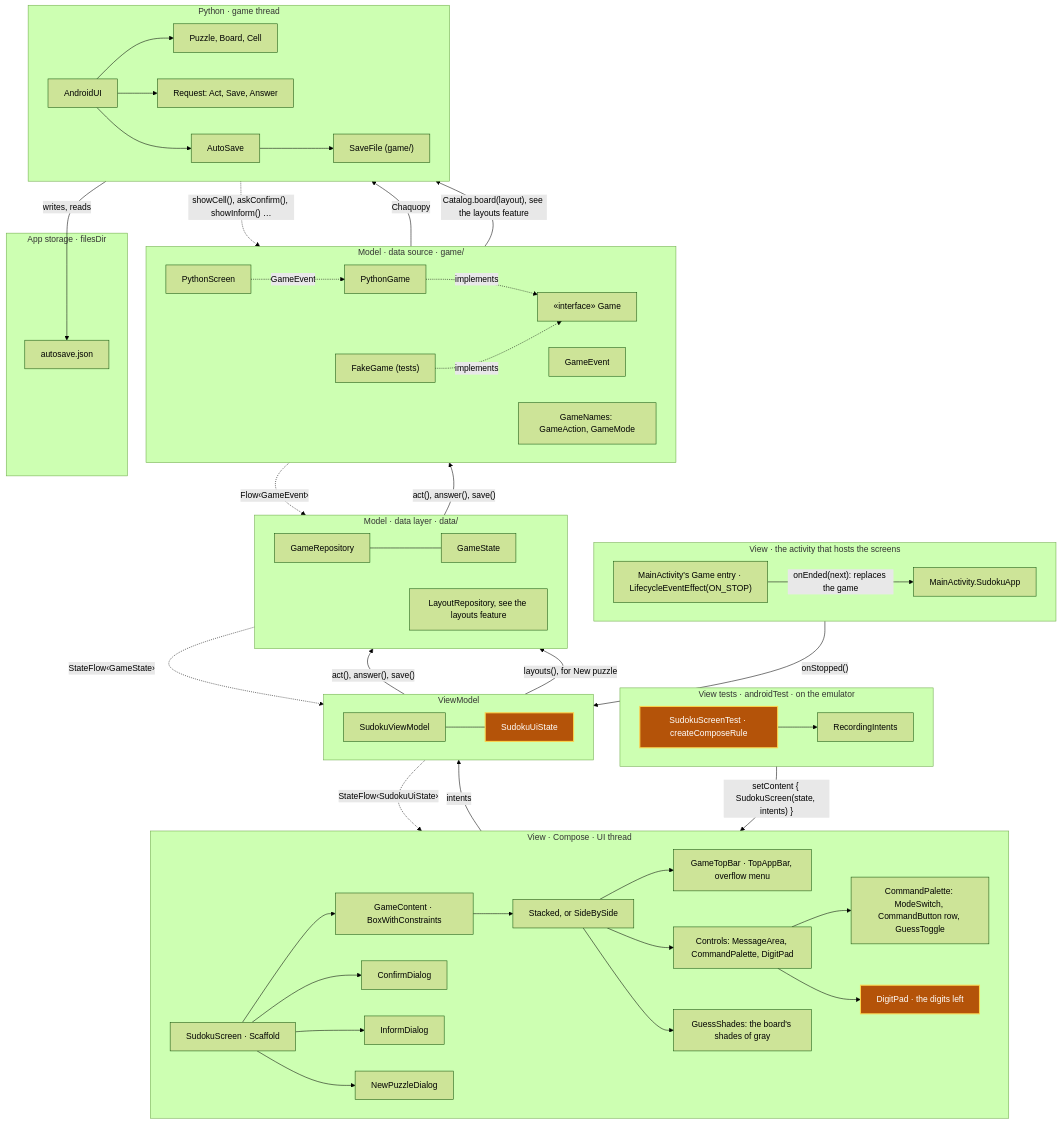
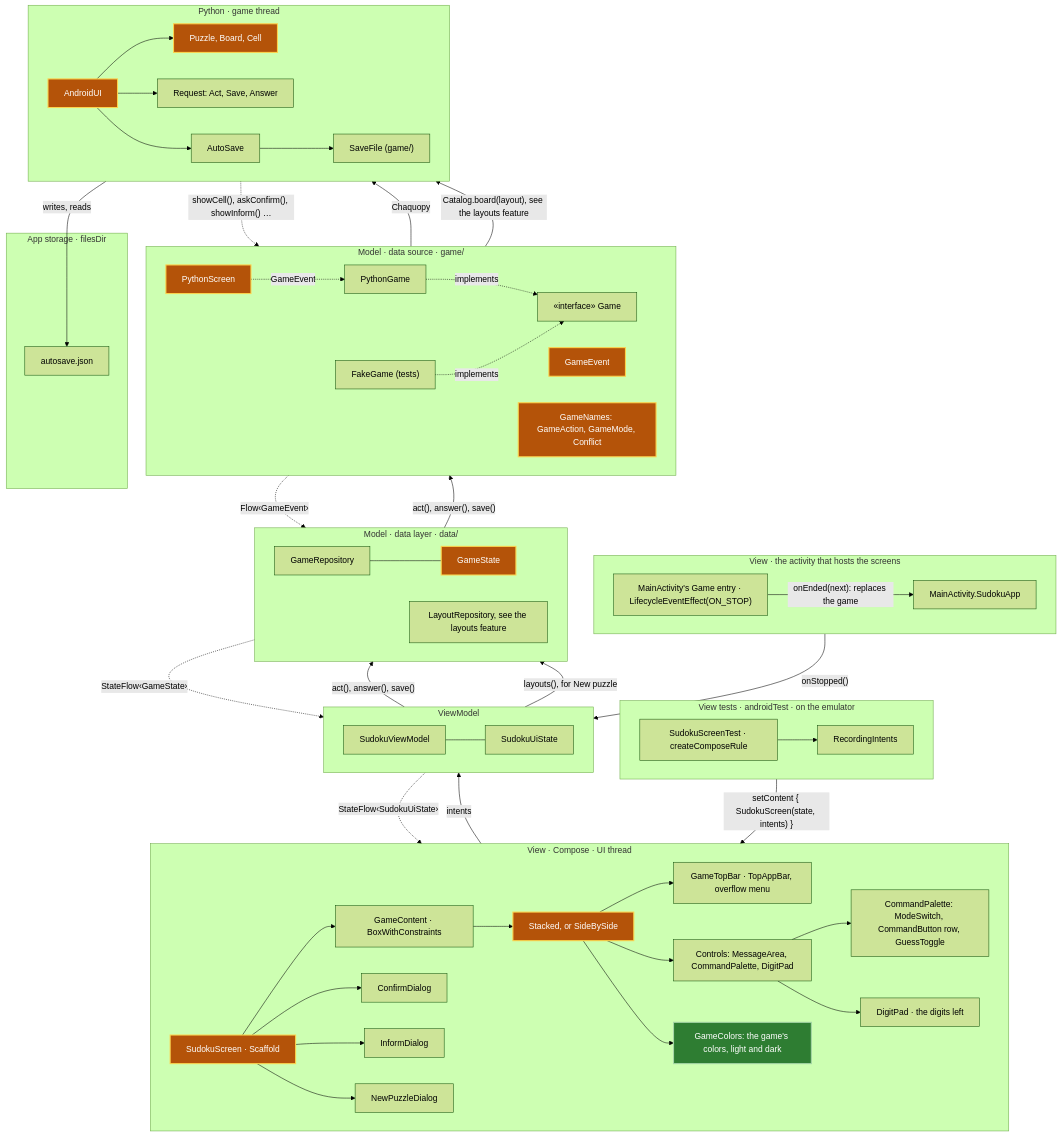
The fifth of 16 diagrams in android/docs/architecture.md (aivanov61/sudoku-solver), drawn with Mermaid (forest theme) before and after one commit. The commit also changed other lines of this file and 32 other files, not shown here.

````diff
--- a/android/docs/architecture.md
+++ b/android/docs/architecture.md
@@ -241,79 +251,80 @@
 ```mermaid
 flowchart TB
     subgraph Host["View · the activity that hosts the screens"]
         direction LR
         SudokuApp["MainActivity.SudokuApp"]
         GameEntry["MainActivity's Game entry · LifecycleEventEffect(ON_STOP)"]
     end
 
     subgraph View["View · Compose · UI thread"]
         direction LR
         SudokuScreen["SudokuScreen · Scaffold"] --> GameContent["GameContent · BoxWithConstraints"]
         GameContent --> Board["Stacked, or SideBySide"]
         Board --> GameTopBar["GameTopBar · TopAppBar, overflow menu"]
         Board --> Controls["Controls: MessageArea, CommandPalette, DigitPad"]
         Controls --> CommandPalette["CommandPalette: ModeSwitch, CommandButton row, GuessToggle"]
         Controls --> DigitPad["DigitPad · the digits left"]
-        Board --> GuessShades["GuessShades: the board's shades of gray"]
+        Board --> GameColors["GameColors: the game's colors, light and dark"]
         SudokuScreen --> ConfirmDialog["ConfirmDialog"]
         SudokuScreen --> InformDialog["InformDialog"]
         SudokuScreen --> NewPuzzleDialog
     end
 
     subgraph ViewTests["View tests · androidTest · on the emulator"]
         direction LR
         SudokuScreenTest["SudokuScreenTest · createComposeRule"] --> RecordingIntents["RecordingIntents"]
     end
 
     subgraph VM["ViewModel"]
         direction LR
         SudokuViewModel --- SudokuUiState
     end
 
     subgraph DataLayer["Model · data layer · data/"]
         direction LR
         GameRepository["GameRepository"] --- GameState
         LayoutRepository["LayoutRepository, see the layouts feature"]
     end
 
     subgraph DataSource["Model · data source · game/"]
         direction LR
         PythonGame["PythonGame"] -. implements .-> Game["«interface» Game"]
         GameEvent
         FakeGame["FakeGame (tests)"] -. implements .-> Game
         PythonScreen
-        GameNames["GameNames: GameAction, GameMode"]
+        GameNames["GameNames: GameAction, GameMode, Conflict"]
     end
 
     subgraph Python["Python · game thread"]
         direction LR
         AndroidUI["AndroidUI"] --> Puzzle["Puzzle, Board, Cell"]
         AndroidUI --> Requests["Request: Act, Save, Answer"]
         AndroidUI --> AutoSave["AutoSave"]
         AutoSave --> SaveFile["SaveFile (game/)"]
     end
 
     subgraph Storage["App storage · filesDir"]
         AutoSaveFile["autosave.json"]
     end
 
     GameEntry -- "onStopped()" --> SudokuViewModel
     GameEntry -- "onEnded(next): replaces the game" --> SudokuApp
     SudokuScreenTest -- "setContent { SudokuScreen(state, intents) }" --> SudokuScreen
     SudokuScreen -- "intents" --> SudokuViewModel
     SudokuViewModel -. "StateFlow‹SudokuUiState›" .-> SudokuScreen
     SudokuViewModel -- "act(), answer(), save()" --> GameRepository
     SudokuViewModel -- "layouts(), for New puzzle" --> LayoutRepository
     GameRepository -. "StateFlow‹GameState›" .-> SudokuViewModel
     GameRepository -- "act(), answer(), save()" --> Game
     Game -. "Flow‹GameEvent›" .-> GameRepository
     PythonGame -- "Chaquopy" --> AndroidUI
     AndroidUI -. "showCell(), askConfirm(), showInform() …" .-> PythonScreen
     PythonScreen -. "GameEvent" .-> PythonGame
     PythonGame -- "Catalog.board(layout), see the layouts feature" --> AndroidUI
     SaveFile -- "writes, reads" --> AutoSaveFile
 
     classDef new fill:#2e7d32,stroke:#a5d6a7,stroke-width:2px,color:#ffffff
     classDef changed fill:#b45309,stroke:#fcd34d,stroke-width:2px,color:#ffffff
-    class DigitPad,SudokuUiState,SudokuScreenTest changed
+    class GameColors new
+    class SudokuScreen,Board,GameState,GameEvent,PythonScreen,GameNames,AndroidUI,Puzzle changed
 ```
````
